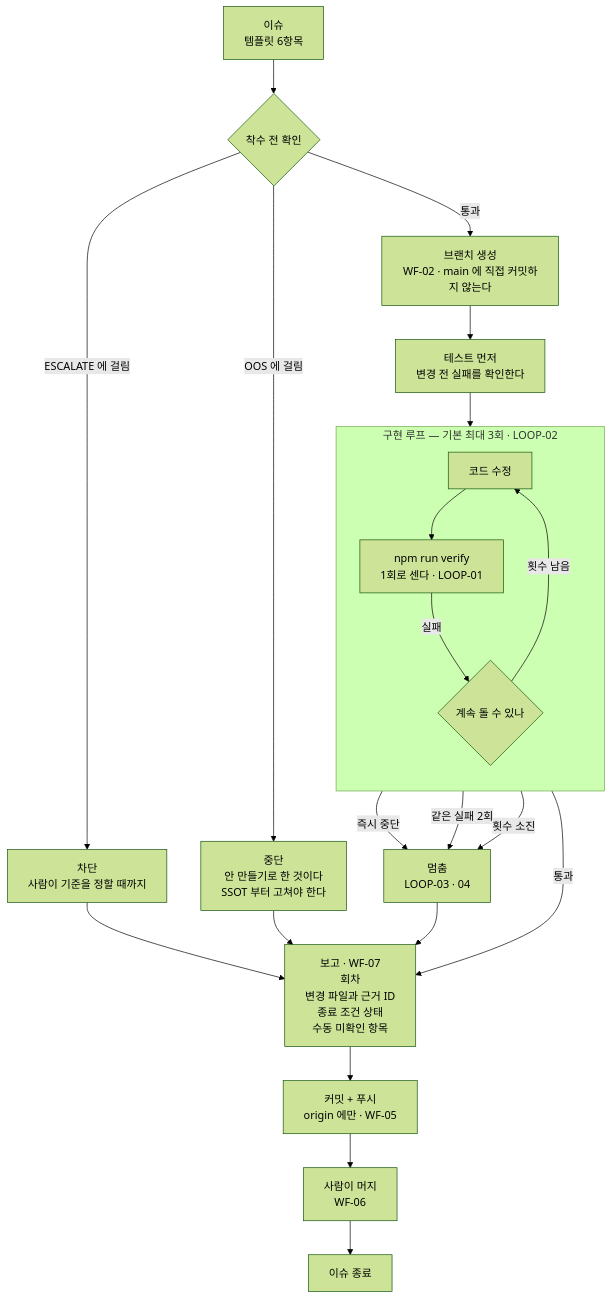
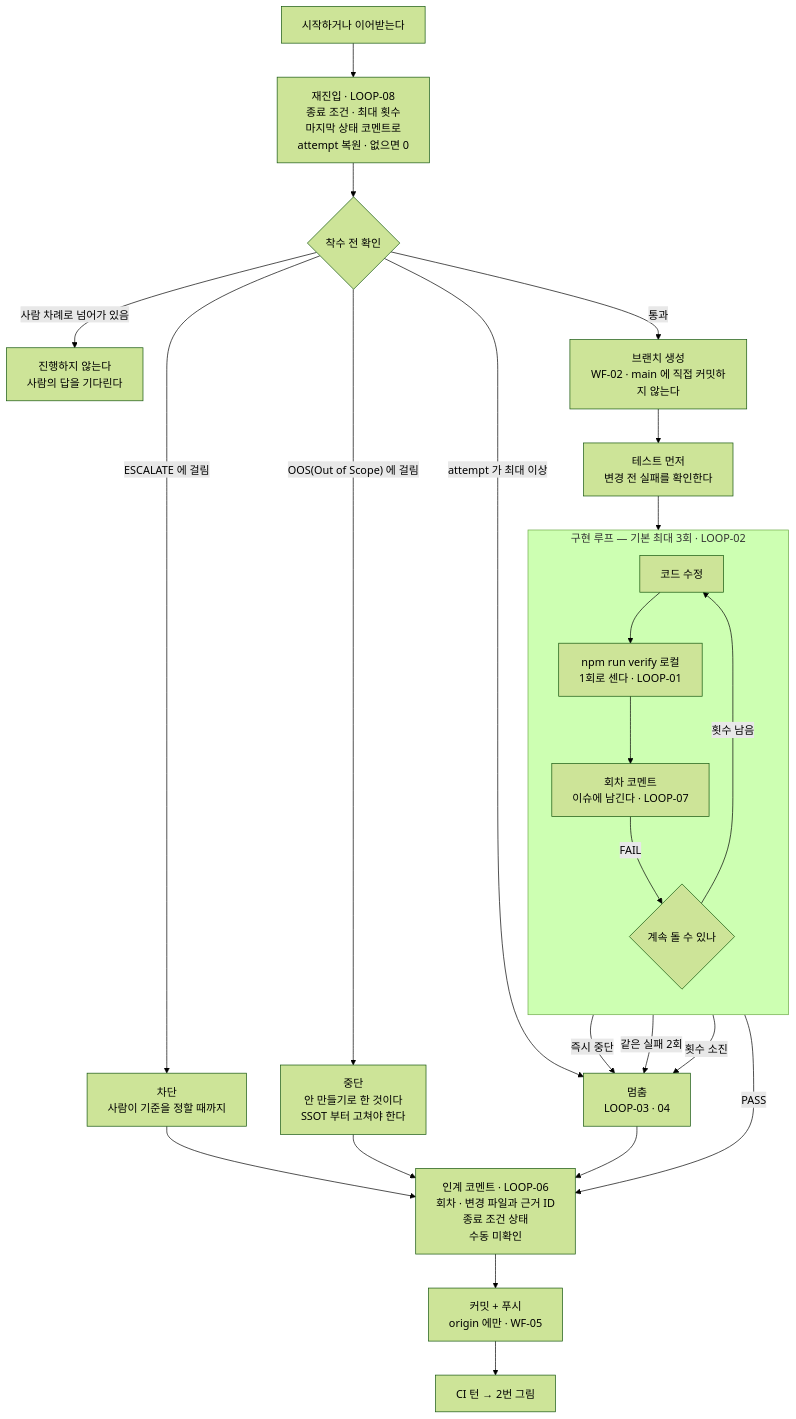
Before and after one commit to overpassion/inventory-poc: the first of 5 diagrams in docs/harness/03-loop-diagram.md, drawn with Mermaid (forest theme). The commit also changed other lines of this file and 7 other files, not shown here.

````diff
--- a/docs/harness/03-loop-diagram.md
+++ b/docs/harness/03-loop-diagram.md
@@ -11,33 +11,36 @@
 ```mermaid
 flowchart TD
-    ISSUE["이슈<br/>템플릿 6항목"] --> PRE{"착수 전 확인"}
+    START["시작하거나 이어받는다"] --> RE["재진입 · LOOP-08<br/>종료 조건 · 최대 횟수<br/>마지막 상태 코멘트로<br/>attempt 복원 · 없으면 0"]
+    RE --> PRE{"착수 전 확인"}
 
+    PRE -->|"사람 차례로 넘어가 있음"| WAIT["진행하지 않는다<br/>사람의 답을 기다린다"]
     PRE -->|"ESCALATE 에 걸림"| BLOCK["차단<br/>사람이 기준을 정할 때까지"]
-    PRE -->|"OOS 에 걸림"| BLOCK2["중단<br/>안 만들기로 한 것이다<br/>SSOT 부터 고쳐야 한다"]
+    PRE -->|"OOS(Out of Scope) 에 걸림"| BLOCK2["중단<br/>안 만들기로 한 것이다<br/>SSOT 부터 고쳐야 한다"]
+    PRE -->|"attempt 가 최대 이상"| STOPPED
     PRE -->|"통과"| BR["브랜치 생성<br/>WF-02 · main 에 직접 커밋하지 않는다"]
 
     BR --> TFIRST["테스트 먼저<br/>변경 전 실패를 확인한다"]
     TFIRST --> EDIT
 
     subgraph LOOP["구현 루프 — 기본 최대 3회 · LOOP-02"]
         direction TB
-        EDIT["코드 수정"] --> VERIFY["npm run verify<br/>1회로 센다 · LOOP-01"]
-        VERIFY -->|"실패"| CHECK{"계속 돌 수 있나"}
+        EDIT["코드 수정"] --> VERIFY["npm run verify 로컬<br/>1회로 센다 · LOOP-01"]
+        VERIFY --> NOTE["회차 코멘트<br/>이슈에 남긴다 · LOOP-07"]
+        NOTE -->|"FAIL"| CHECK{"계속 돌 수 있나"}
         CHECK -->|"횟수 남음"| EDIT
     end
 
     CHECK -->|"즉시 중단"| STOPPED["멈춤<br/>LOOP-03 · 04"]
     CHECK -->|"같은 실패 2회"| STOPPED
     CHECK -->|"횟수 소진"| STOPPED
 
-    VERIFY -->|"통과"| REPORT
-    STOPPED --> REPORT
+    NOTE -->|"PASS"| HANDOFF
+    STOPPED --> HANDOFF
 
-    REPORT["보고 · WF-07<br/>회차<br/>변경 파일과 근거 ID<br/>종료 조건 상태<br/>수동 미확인 항목"]
-    REPORT --> COMMIT["커밋 + 푸시<br/>origin 에만 · WF-05"]
-    COMMIT --> HUMAN["사람이 머지<br/>WF-06"]
-    HUMAN --> DONE["이슈 종료"]
+    HANDOFF["인계 코멘트 · LOOP-06<br/>회차 · 변경 파일과 근거 ID<br/>종료 조건 상태<br/>수동 미확인"]
+    HANDOFF --> COMMIT["커밋 + 푸시<br/>origin 에만 · WF-05"]
+    COMMIT --> NEXT["CI 턴 → 2번 그림"]
 
-    BLOCK --> REPORT
-    BLOCK2 --> REPORT
+    BLOCK --> HANDOFF
+    BLOCK2 --> HANDOFF
 ```
````
